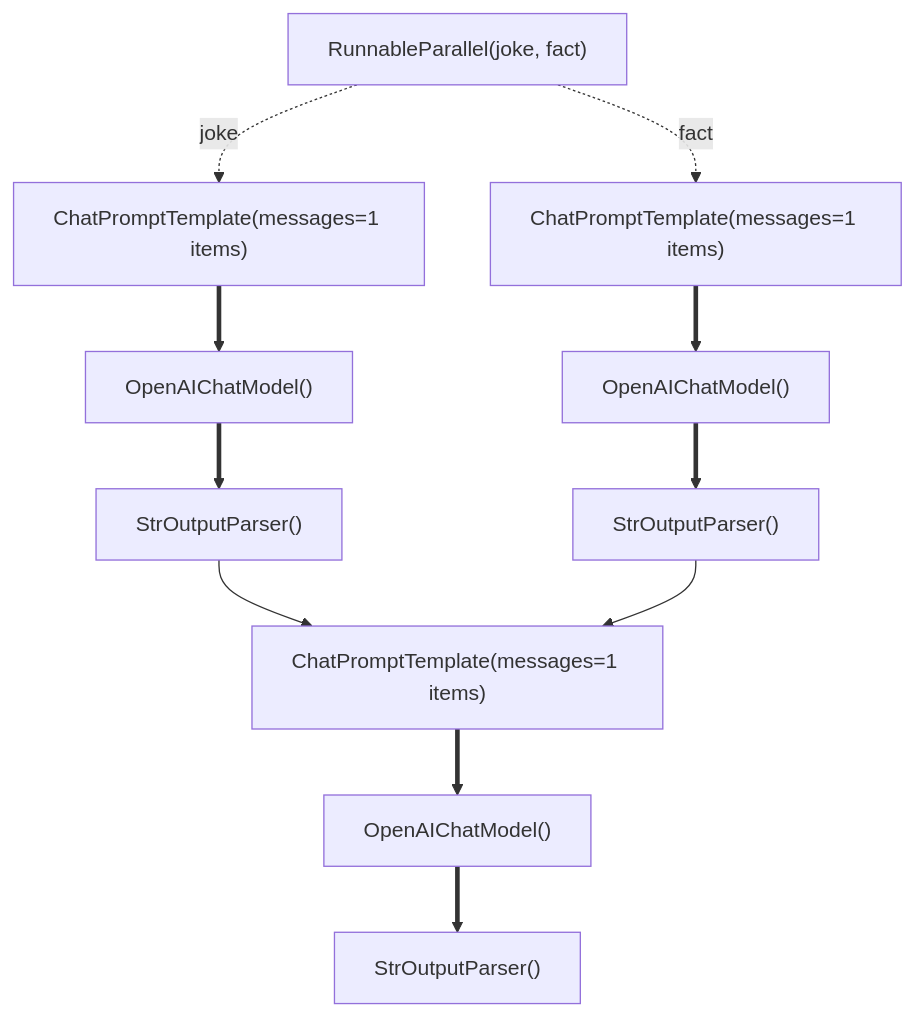
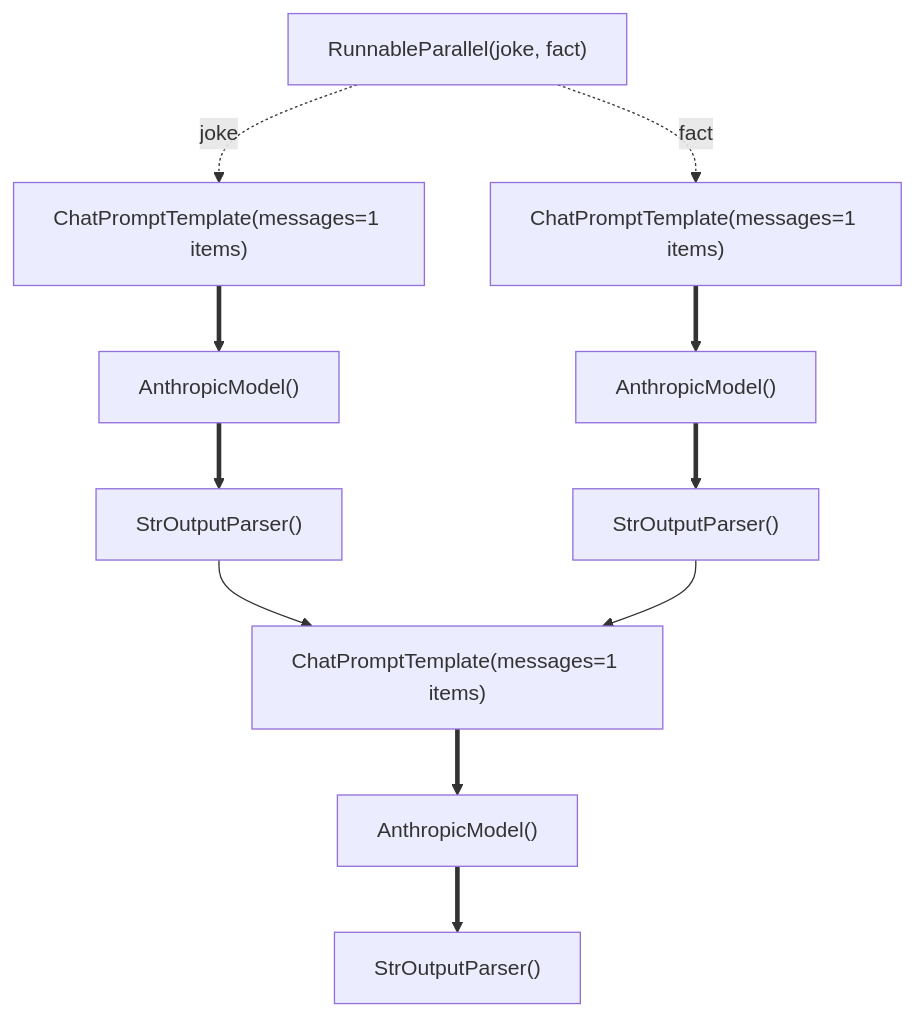
Before and after one commit to Upsonic/Docs: the diagram in concepts/uel/advanced/visualization.mdx, drawn with Mermaid. The commit also changed other lines of this file and 219 other files, not shown here.

````diff
--- a/concepts/uel/advanced/visualization.mdx
+++ b/concepts/uel/advanced/visualization.mdx
@@ -126,23 +126,23 @@
 ```mermaid
 graph TD
     0["RunnableParallel(joke, fact)"]
     1["ChatPromptTemplate(messages=1 items)"]
-    2["OpenAIChatModel()"]
+    2["AnthropicModel()"]
     3["StrOutputParser()"]
     4["ChatPromptTemplate(messages=1 items)"]
-    5["OpenAIChatModel()"]
+    5["AnthropicModel()"]
     6["StrOutputParser()"]
     7["ChatPromptTemplate(messages=1 items)"]
-    8["OpenAIChatModel()"]
+    8["AnthropicModel()"]
     9["StrOutputParser()"]
     0 -.->|joke| 1
     0 -.->|fact| 4
     3 --> 7
     6 --> 7
     1 ==> 2
     2 ==> 3
     4 ==> 5
     5 ==> 6
     7 ==> 8
     8 ==> 9
 ```
````
